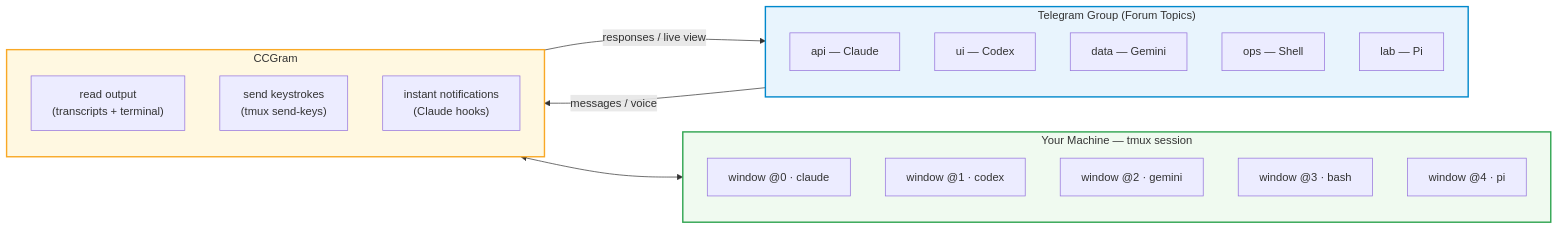
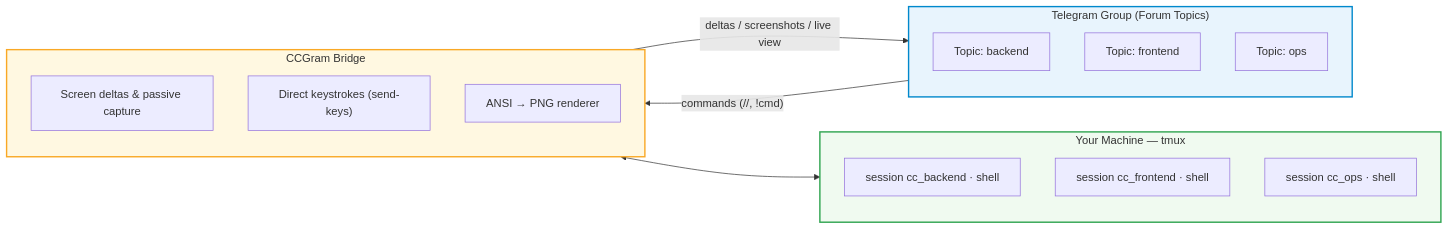
One commit to legale/ccgram changed the diagram in README.md. Above: the diagram before and after it, drawn with Mermaid. The commit also changed other lines of this file and 4 other files, not shown here.

````diff
--- a/README.md
+++ b/README.md
@@ -31,35 +27,31 @@
 ```mermaid
 graph LR
   subgraph phone["Telegram Group (Forum Topics)"]
     direction TB
-    T1["api — Claude"]
-    T2["ui — Codex"]
-    T3["data — Gemini"]
-    T4["ops — Shell"]
-    T5["lab — Pi"]
+    T1["Topic: backend"]
+    T2["Topic: frontend"]
+    T3["Topic: ops"]
   end
 
-  subgraph bridge["CCGram"]
+  subgraph bridge["CCGram Bridge"]
     direction TB
-    B1["read output\n(transcripts + terminal)"]
-    B2["send keystrokes\n(tmux send-keys)"]
-    B3["instant notifications\n(Claude hooks)"]
+    B1["Screen deltas & passive capture"]
+    B2["Direct keystrokes (send-keys)"]
+    B3["ANSI → PNG renderer"]
   end
 
-  subgraph machine["Your Machine — tmux session"]
+  subgraph machine["Your Machine — tmux"]
     direction TB
-    W1["window @0 · claude"]
-    W2["window @1 · codex"]
-    W3["window @2 · gemini"]
-    W4["window @3 · bash"]
-    W5["window @4 · pi"]
+    W1["session cc_backend · shell"]
+    W2["session cc_frontend · shell"]
+    W3["session cc_ops · shell"]
   end
 
-  phone -- "messages / voice" --> bridge
-  bridge -- "responses / live view" --> phone
+  phone -- "commands (//, !cmd)" --> bridge
+  bridge -- "deltas / screenshots / live view" --> phone
   bridge <--> machine
 
   style phone fill:#e8f4fd,stroke:#0088cc,stroke-width:2px,color:#333
   style bridge fill:#fff8e1,stroke:#f9a825,stroke-width:2px,color:#333
   style machine fill:#f0faf0,stroke:#2ea44f,stroke-width:2px,color:#333
 ```
````
